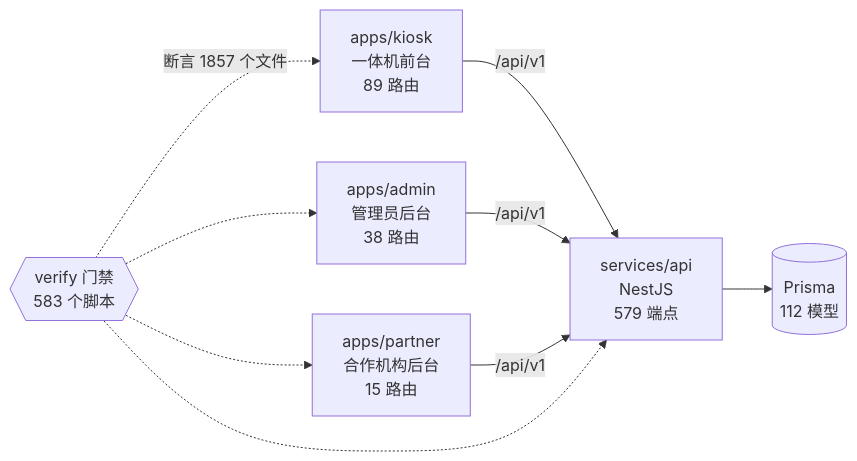
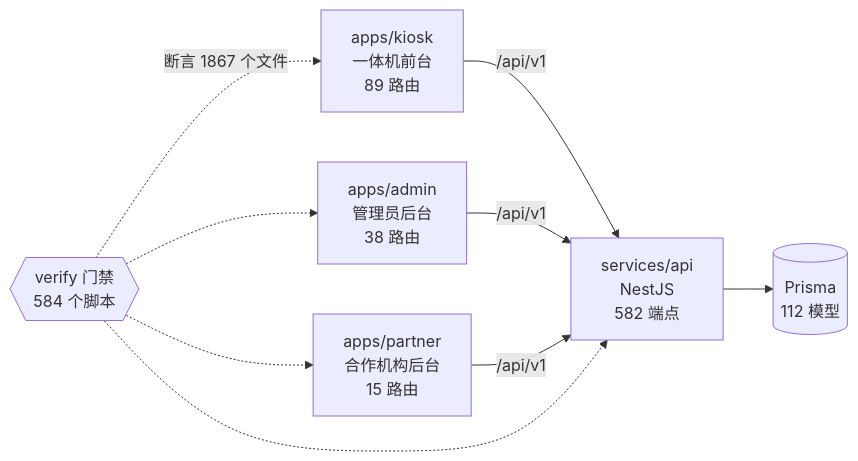
Before and after one commit to wanglei581/YITIJI: the diagram in docs/graph/README.md, drawn with Mermaid. The commit also changed other lines of this file and 4 other files, not shown here.

Commit message:
chore(graph): 重生图谱

````diff
--- a/docs/graph/README.md
+++ b/docs/graph/README.md
@@ -68,18 +68,18 @@
 ```mermaid
 flowchart LR
   kiosk["apps/kiosk<br/>一体机前台<br/>89 路由"]
   admin["apps/admin<br/>管理员后台<br/>38 路由"]
   partner["apps/partner<br/>合作机构后台<br/>15 路由"]
-  api["services/api<br/>NestJS<br/>579 端点"]
+  api["services/api<br/>NestJS<br/>582 端点"]
   db[("Prisma<br/>112 模型")]
-  gates{{"verify 门禁<br/>583 个脚本"}}
+  gates{{"verify 门禁<br/>584 个脚本"}}
 
   kiosk -->|"/api/v1"| api
   admin -->|"/api/v1"| api
   partner -->|"/api/v1"| api
   api --> db
-  gates -.->|"断言 1857 个文件"| kiosk
+  gates -.->|"断言 1867 个文件"| kiosk
   gates -.-> admin
   gates -.-> partner
   gates -.-> api
 ```
````
